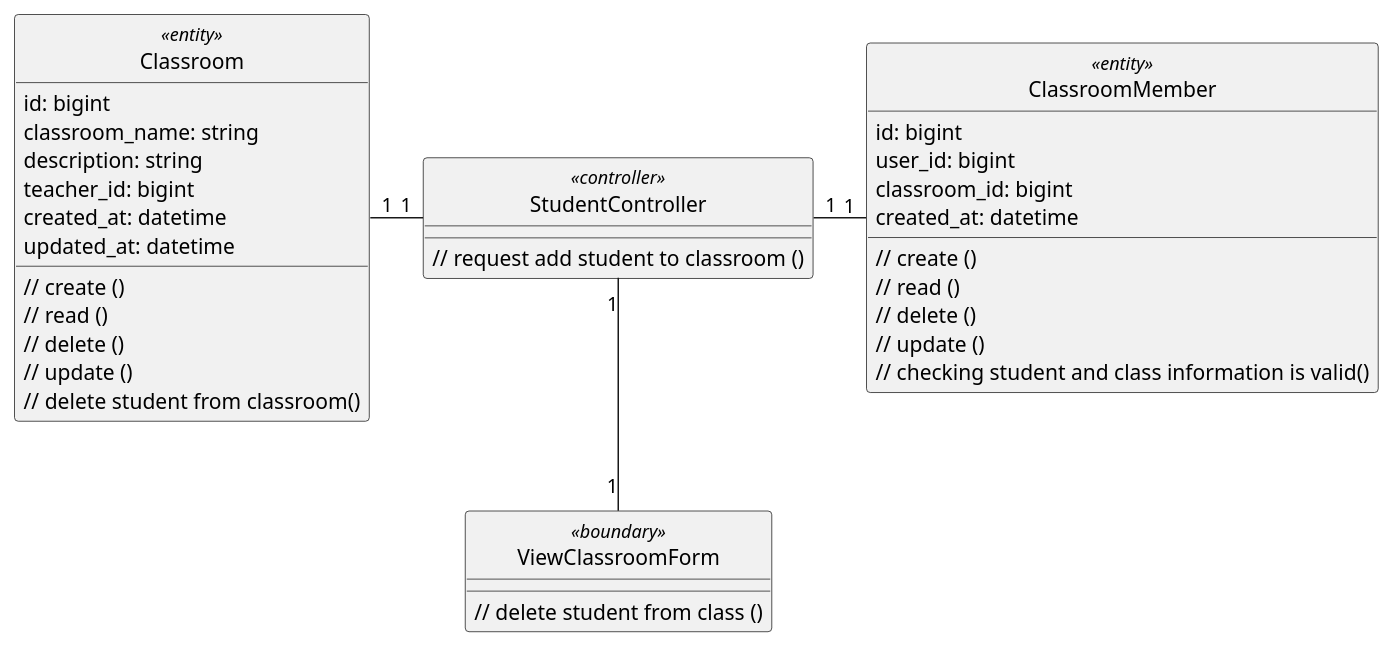
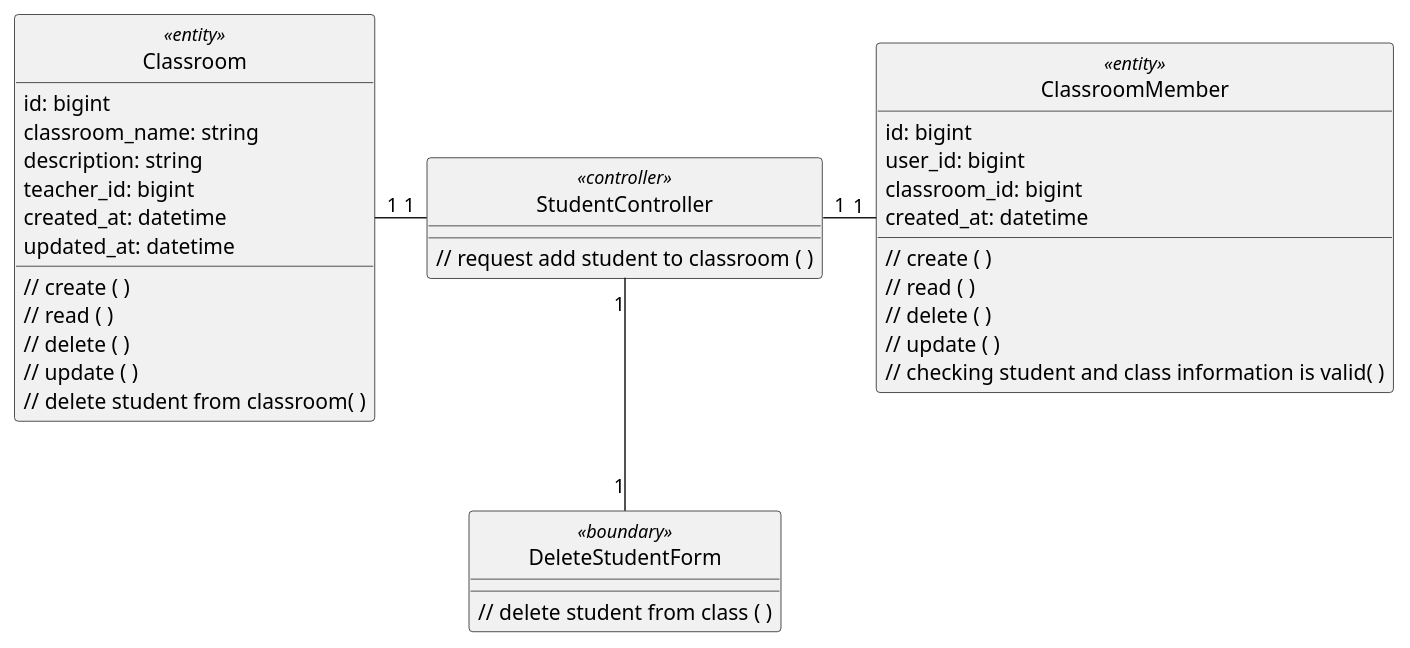
Before and after one commit to anonyhostvn/OOAD-Diagram: the diagram in class - analysis/student/deleteStudent.plantuml, drawn with PlantUML. The commit also changed 16 other files, not shown here.

```diff
--- a/class - analysis/student/deleteStudent.plantuml
+++ b/class - analysis/student/deleteStudent.plantuml
@@ -1,49 +1,49 @@
 @startuml updateClass
 
 class Classroom <<entity>> {
     id: bigint
     classroom_name: string
     description: string
     teacher_id: bigint
     created_at: datetime
     updated_at: datetime
 
-    // create ()
-    // read ()
-    // delete ()
-    // update ()
-    // delete student from classroom()
+    // create ( )
+    // read ( )
+    // delete ( )
+    // update ( )
+    // delete student from classroom( )
 }
 
 class ClassroomMember <<entity>> {
     id: bigint
     user_id: bigint
     classroom_id: bigint
     created_at: datetime
 
-    // create ()
-    // read ()
-    // delete ()
-    // update ()
-    // checking student and class information is valid()
+    // create ( )
+    // read ( )
+    // delete ( )
+    // update ( )
+    // checking student and class information is valid( )
 }
 
-class ViewClassroomForm <<boundary>> {
-    // delete student from class ()
+class DeleteStudentForm <<boundary>> {
+    // delete student from class ( )
 }
 
 class StudentController <<controller>> {
-    // request add student to classroom ()
+    // request add student to classroom ( )
 }
 
 hide Classroom <<entity>> circle
-hide ViewClassroomForm <<boundary>> circle
+hide DeleteStudentForm <<boundary>> circle
 hide StudentController <<controller>> circle
 
 StudentController "1" -left- "1" Classroom
 StudentController "1" -right- "1" ClassroomMember
-StudentController "1" -down- "1" ViewClassroomForm
+StudentController "1" -down- "1" DeleteStudentForm
 
 
 
 @enduml
```
